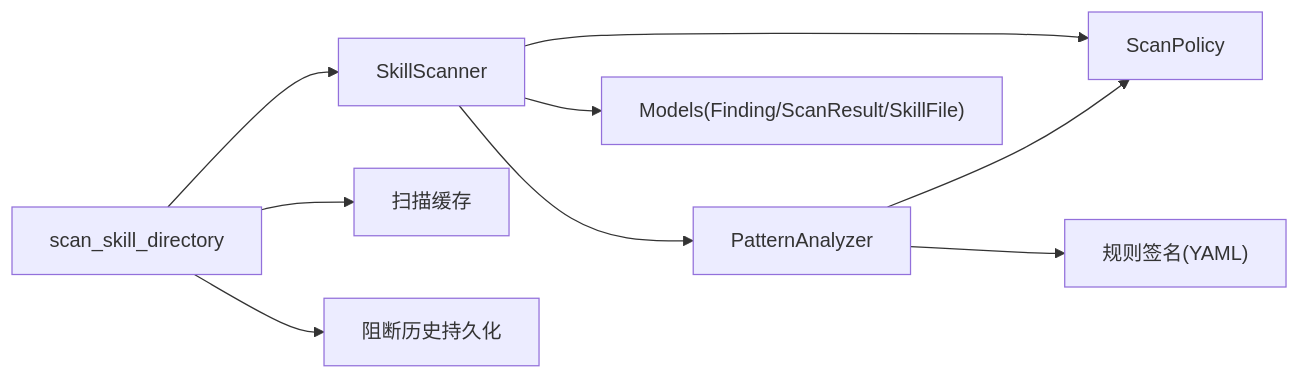
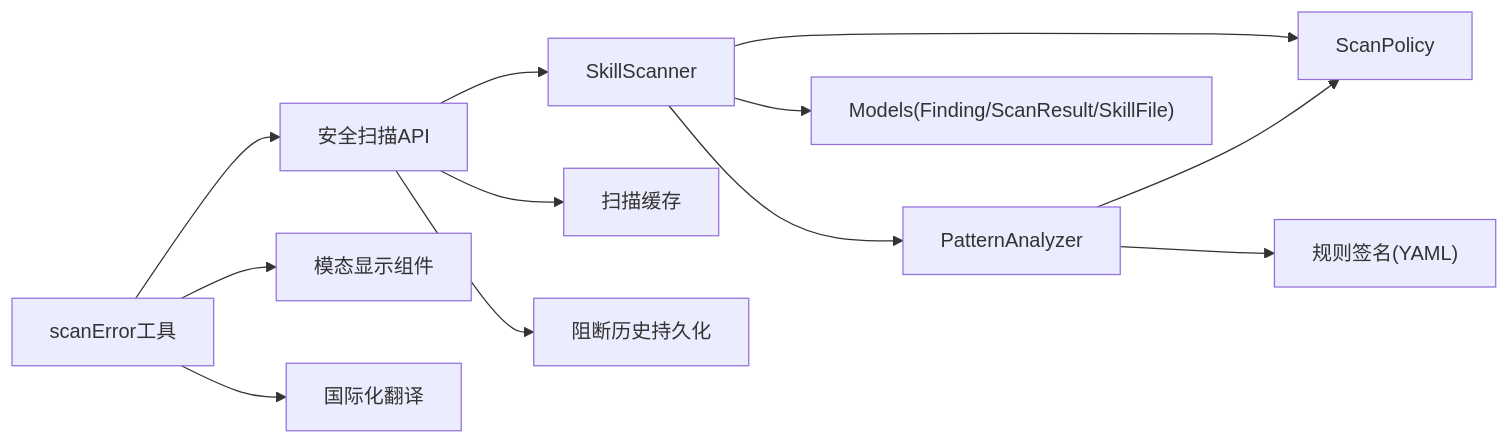
The sixth of 6 diagrams in .qoder/repowiki/zh/content/后端核心模块/安全防护系统/技能扫描器.md (livehl/CoPaw), drawn with Mermaid before and after one commit. The commit also changed other lines of this file and 12 other files, not shown here.

````diff
--- a/.qoder/repowiki/zh/content/后端核心模块/安全防护系统/技能扫描器.md
+++ b/.qoder/repowiki/zh/content/后端核心模块/安全防护系统/技能扫描器.md
@@ -235,11 +329,14 @@
 ```mermaid
 graph LR
 Scanner["SkillScanner"] --> Analyzer["PatternAnalyzer"]
 Scanner --> Policy["ScanPolicy"]
 Scanner --> Models["Models(Finding/ScanResult/SkillFile)"]
 Analyzer --> Policy
 Analyzer --> Rules["规则签名(YAML)"]
 API["scan_skill_directory"] --> Scanner
 API --> Cache["扫描缓存"]
 API --> History["阻断历史持久化"]
+ErrorTool["scanError工具"] --> UI["模态显示组件"]
+ErrorTool --> I18n["国际化翻译"]
+ErrorTool --> API["安全扫描API"]
 ```
````
